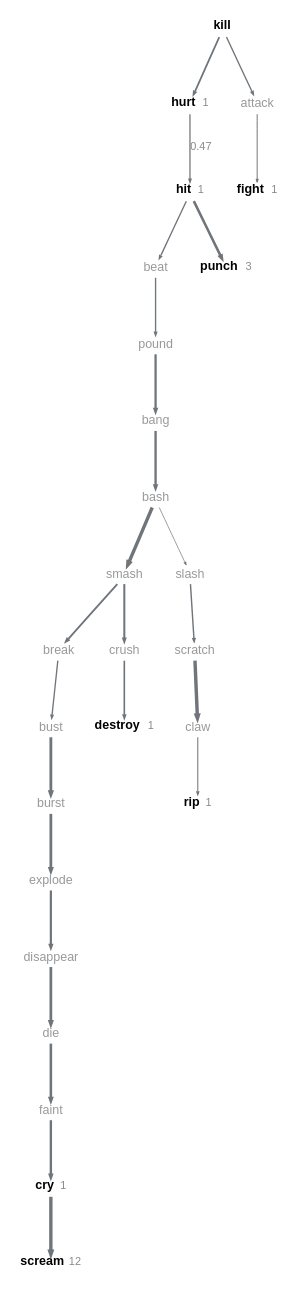
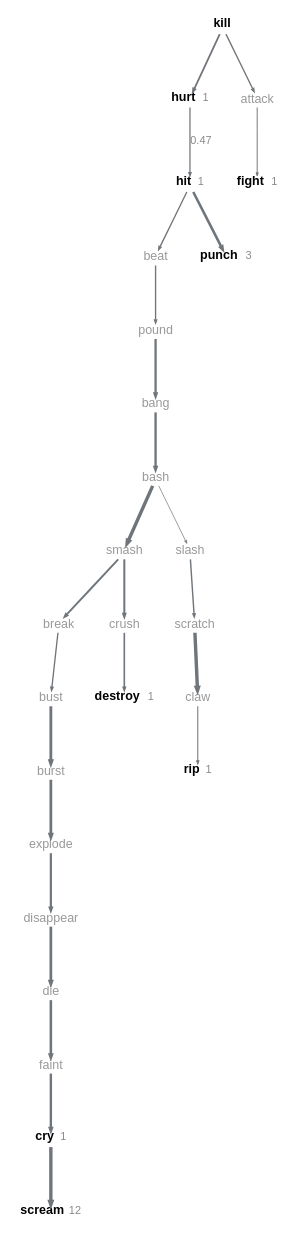
One commit to quadrismegistus/malignment changed the diagram in experiments/displacement/chain_of_connections/figures/ci_chain_crossing_n1.dot. Above: the diagram before and after it, drawn with Graphviz. The commit also changed 28 other files, not shown here.

```diff
--- a/experiments/displacement/chain_of_connections/figures/ci_chain_crossing_n1.dot
+++ b/experiments/displacement/chain_of_connections/figures/ci_chain_crossing_n1.dot
@@ -1,56 +1,56 @@
 digraph {
   graph [bgcolor=white margin=0.02];
-  node [shape=plaintext fontname="Arial" fontsize=8.0 height=0.16 width=0.01 margin="0.01,0.005"];
+  node [shape=plaintext fontname="Arial" fontsize=8.0 height=0.14 width=0.01 margin="0.01,0.005"];
   edge [arrowsize=0.2 color="#6f757a"];
-  "kill" [label=<<B>kill</B>> pos="56.0,348.5!"];
-  "hurt" [label=<<B>hurt</B> <FONT POINT-SIZE="7" COLOR="#8a8a8a">1</FONT>> pos="56.0,314.8!"];
-  "hit" [label=<<B>hit</B> <FONT POINT-SIZE="7" COLOR="#8a8a8a">1</FONT>> pos="56.0,281.1!"];
-  "beat" [label="beat" fontcolor="#999999" pos="56.0,247.4!"];
-  "pound" [label="pound" fontcolor="#999999" pos="56.0,213.7!"];
-  "bang" [label="bang" fontcolor="#999999" pos="56.0,180.0!"];
-  "bash" [label="bash" fontcolor="#999999" pos="56.0,146.3!"];
-  "smash" [label="smash" fontcolor="#999999" pos="255.8,11.5!"];
-  "break" [label="break" fontcolor="#999999" pos="255.8,45.2!"];
-  "bust" [label="bust" fontcolor="#999999" pos="255.8,78.9!"];
-  "burst" [label="burst" fontcolor="#999999" pos="255.8,112.6!"];
-  "explode" [label="explode" fontcolor="#999999" pos="255.8,146.3!"];
-  "disappear" [label="disappear" fontcolor="#999999" pos="255.8,180.0!"];
-  "die" [label="die" fontcolor="#999999" pos="255.8,213.7!"];
-  "faint" [label="faint" fontcolor="#999999" pos="255.8,247.4!"];
-  "cry" [label=<<B>cry</B> <FONT POINT-SIZE="7" COLOR="#8a8a8a">1</FONT>> pos="255.8,281.1!"];
-  "scream" [label=<<B>scream</B> <FONT POINT-SIZE="7" COLOR="#8a8a8a">12</FONT>> pos="255.8,314.8!"];
-  "crush" [label="crush" fontcolor="#999999" pos="286.0,45.2!"];
-  "destroy" [label=<<B>destroy</B> <FONT POINT-SIZE="7" COLOR="#8a8a8a">1</FONT>> pos="286.0,78.9!"];
-  "punch" [label=<<B>punch</B> <FONT POINT-SIZE="7" COLOR="#8a8a8a">3</FONT>> pos="25.7,247.4!"];
-  "attack" [label="attack" fontcolor="#999999" pos="25.7,314.8!"];
-  "fight" [label=<<B>fight</B> <FONT POINT-SIZE="7" COLOR="#8a8a8a">1</FONT>> pos="25.7,281.1!"];
-  "slash" [label="slash" fontcolor="#999999" pos="25.7,112.6!"];
-  "scratch" [label="scratch" fontcolor="#999999" pos="25.7,78.9!"];
-  "claw" [label="claw" fontcolor="#999999" pos="25.7,45.2!"];
-  "rip" [label=<<B>rip</B> <FONT POINT-SIZE="7" COLOR="#8a8a8a">1</FONT>> pos="25.7,11.5!"];
+  "kill" [label=<<B>kill</B>> pos="16.0,133.9!"];
+  "hurt" [label=<<B>hurt</B> <FONT POINT-SIZE="7" COLOR="#8a8a8a">1</FONT>> pos="85.9,133.9!"];
+  "hit" [label=<<B>hit</B> <FONT POINT-SIZE="7" COLOR="#8a8a8a">1</FONT>> pos="158.1,133.9!"];
+  "beat" [label="beat" fontcolor="#999999" pos="225.8,133.9!"];
+  "pound" [label="pound" fontcolor="#999999" pos="293.6,133.9!"];
+  "burst" [label="burst" fontcolor="#999999" pos="18.2,92.2!"];
+  "bust" [label="bust" fontcolor="#999999" pos="73.7,92.2!"];
+  "break" [label="break" fontcolor="#999999" pos="129.2,92.2!"];
+  "smash" [label="smash" fontcolor="#999999" pos="186.9,92.2!"];
+  "bash" [label="bash" fontcolor="#999999" pos="242.4,92.2!"];
+  "bang" [label="bang" fontcolor="#999999" pos="295.8,92.2!"];
+  "explode" [label="explode" fontcolor="#999999" pos="22.6,33.1!"];
+  "disappear" [label="disappear" fontcolor="#999999" pos="83.8,33.1!"];
+  "die" [label="die" fontcolor="#999999" pos="136.3,33.1!"];
+  "faint" [label="faint" fontcolor="#999999" pos="179.9,33.1!"];
+  "cry" [label=<<B>cry</B> <FONT POINT-SIZE="7" COLOR="#8a8a8a">1</FONT>> pos="227.9,33.1!"];
+  "scream" [label=<<B>scream</B> <FONT POINT-SIZE="7" COLOR="#8a8a8a">12</FONT>> pos="284.8,33.1!"];
+  "crush" [label="crush" fontcolor="#999999" pos="161.5,74.9!"];
+  "destroy" [label=<<B>destroy</B> <FONT POINT-SIZE="7" COLOR="#8a8a8a">1</FONT>> pos="107.5,74.9!"];
+  "punch" [label=<<B>punch</B> <FONT POINT-SIZE="7" COLOR="#8a8a8a">3</FONT>> pos="187.9,116.6!"];
+  "attack" [label="attack" fontcolor="#999999" pos="43.6,116.6!"];
+  "fight" [label=<<B>fight</B> <FONT POINT-SIZE="7" COLOR="#8a8a8a">1</FONT>> pos="88.8,116.6!"];
+  "slash" [label="slash" fontcolor="#999999" pos="217.0,57.6!"];
+  "scratch" [label="scratch" fontcolor="#999999" pos="171.8,57.6!"];
+  "claw" [label="claw" fontcolor="#999999" pos="139.8,57.6!"];
+  "rip" [label=<<B>rip</B> <FONT POINT-SIZE="7" COLOR="#8a8a8a">1</FONT>> pos="103.4,57.6!"];
   "attack" -> "fight" [penwidth=0.62];
   "bang" -> "bash" [penwidth=1.50];
   "bash" -> "slash" [penwidth=0.45];
   "bash" -> "smash" [penwidth=2.16];
   "beat" -> "pound" [penwidth=0.87];
   "break" -> "bust" [penwidth=0.86];
   "burst" -> "explode" [penwidth=1.77];
   "bust" -> "burst" [penwidth=1.81];
   "claw" -> "rip" [penwidth=0.66];
   "crush" -> "destroy" [penwidth=1.04];
   "cry" -> "scream" [penwidth=2.16];
   "die" -> "faint" [penwidth=1.64];
   "disappear" -> "die" [penwidth=1.74];
   "explode" -> "disappear" [penwidth=1.41];
   "faint" -> "cry" [penwidth=1.53];
   "hit" -> "beat" [penwidth=0.86];
   "hit" -> "punch" [penwidth=1.64];
   "hurt" -> "hit" [penwidth=0.80 label="0.47" fontname="Arial" fontsize=7 fontcolor="#8a8a8a"];
   "kill" -> "attack" [penwidth=0.87];
   "kill" -> "hurt" [penwidth=1.13];
   "pound" -> "bang" [penwidth=1.46];
   "scratch" -> "claw" [penwidth=2.20];
   "slash" -> "scratch" [penwidth=0.91];
   "smash" -> "break" [penwidth=1.19];
   "smash" -> "crush" [penwidth=1.29];
 }
```
